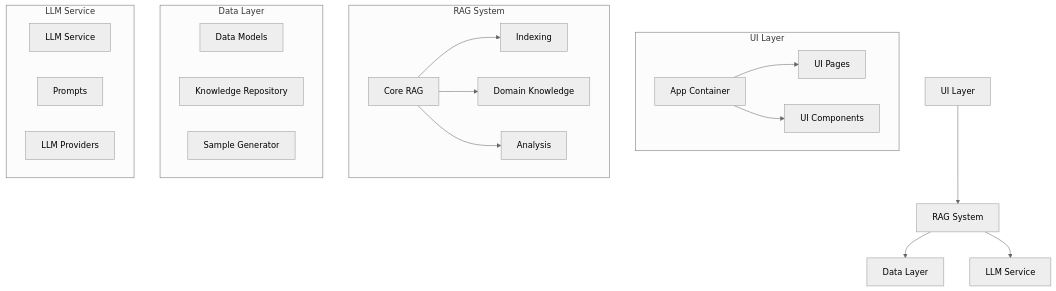
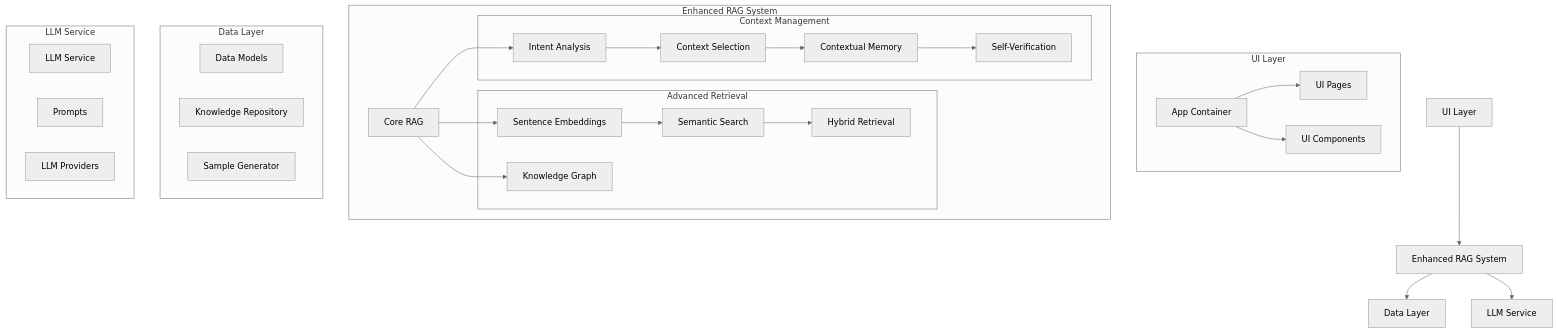
Before and after one commit to nickswaya/LiveOpsMVP: the first of 2 diagrams in memory-bank/systemPatterns.md, drawn with Mermaid (neutral theme). The commit also changed other lines of this file and 9 other files, not shown here.

Commit message:
adding embeddings and transformers. Phase 1 of RAG enhancement

````diff
--- a/memory-bank/systemPatterns.md
+++ b/memory-bank/systemPatterns.md
@@ -7,36 +9,54 @@
 ```mermaid
 flowchart TD
-    UI[UI Layer] --> RAG[RAG System]
+    UI[UI Layer] --> RAG[Enhanced RAG System]
     RAG --> Data[Data Layer]
     RAG --> LLM[LLM Service]
     
     subgraph UI Layer
         App[App Container]
         Pages[UI Pages]
         Components[UI Components]
         App --> Pages
         App --> Components
     end
     
-    subgraph RAG System
+    subgraph "Enhanced RAG System"
         Core[Core RAG]
-        Indexing[Indexing]
-        DomainKnowledge[Domain Knowledge]
-        Analysis[Analysis]
-        Core --> Indexing
-        Core --> DomainKnowledge
-        Core --> Analysis
+        
+        subgraph "Advanced Retrieval"
+            Embeddings[Sentence Embeddings]
+            Semantic[Semantic Search]
+            Hybrid[Hybrid Retrieval]
+            KGraph[Knowledge Graph]
+        end
+        
+        subgraph "Context Management"
+            Intent[Intent Analysis]
+            Selection[Context Selection]
+            Memory[Contextual Memory]
+            Verification[Self-Verification]
+        end
+        
+        Core --> Embeddings
+        Embeddings --> Semantic
+        Semantic --> Hybrid
+        Core --> KGraph
+        
+        Core --> Intent
+        Intent --> Selection
+        Selection --> Memory
+        Memory --> Verification
     end
     
     subgraph Data Layer
         Models[Data Models]
         Repository[Knowledge Repository]
         SampleData[Sample Generator]
     end
     
     subgraph LLM Service
         Service[LLM Service]
         Prompts[Prompts]
         Providers[LLM Providers]
     end
 ```
````
